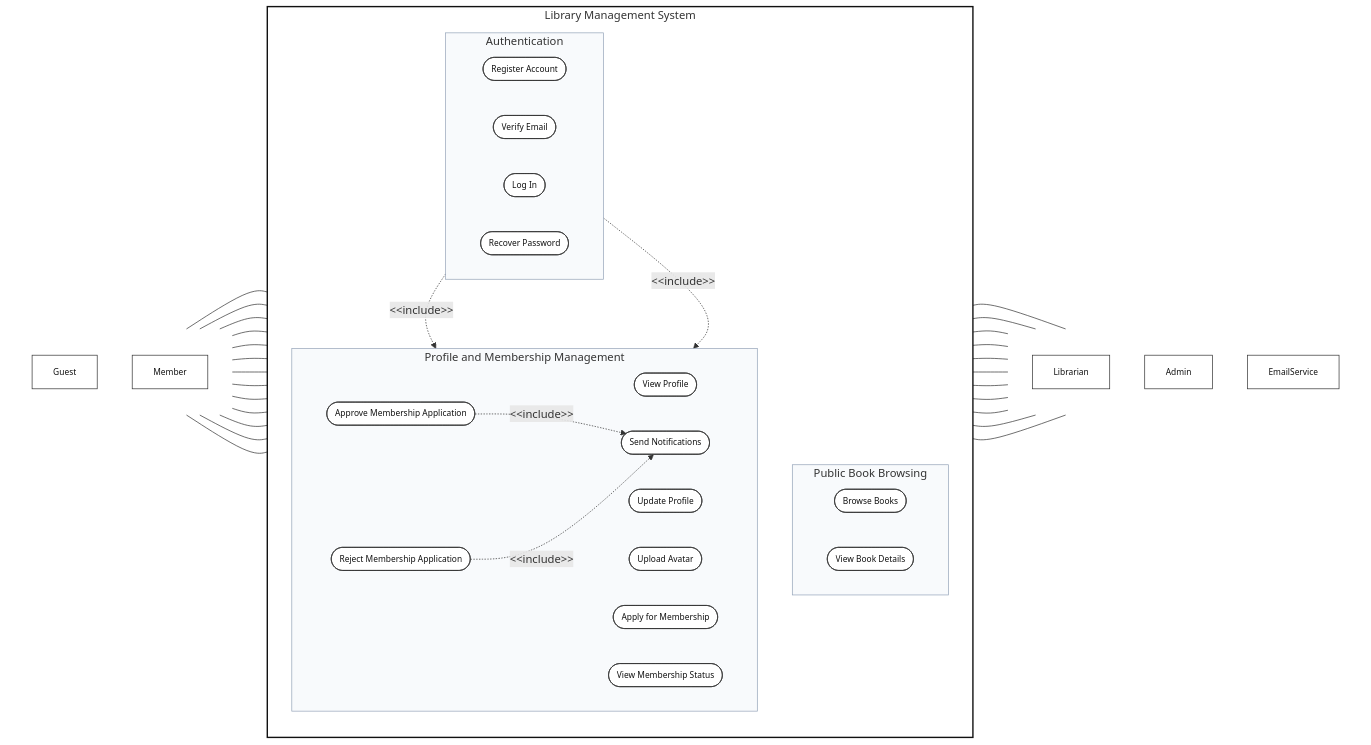
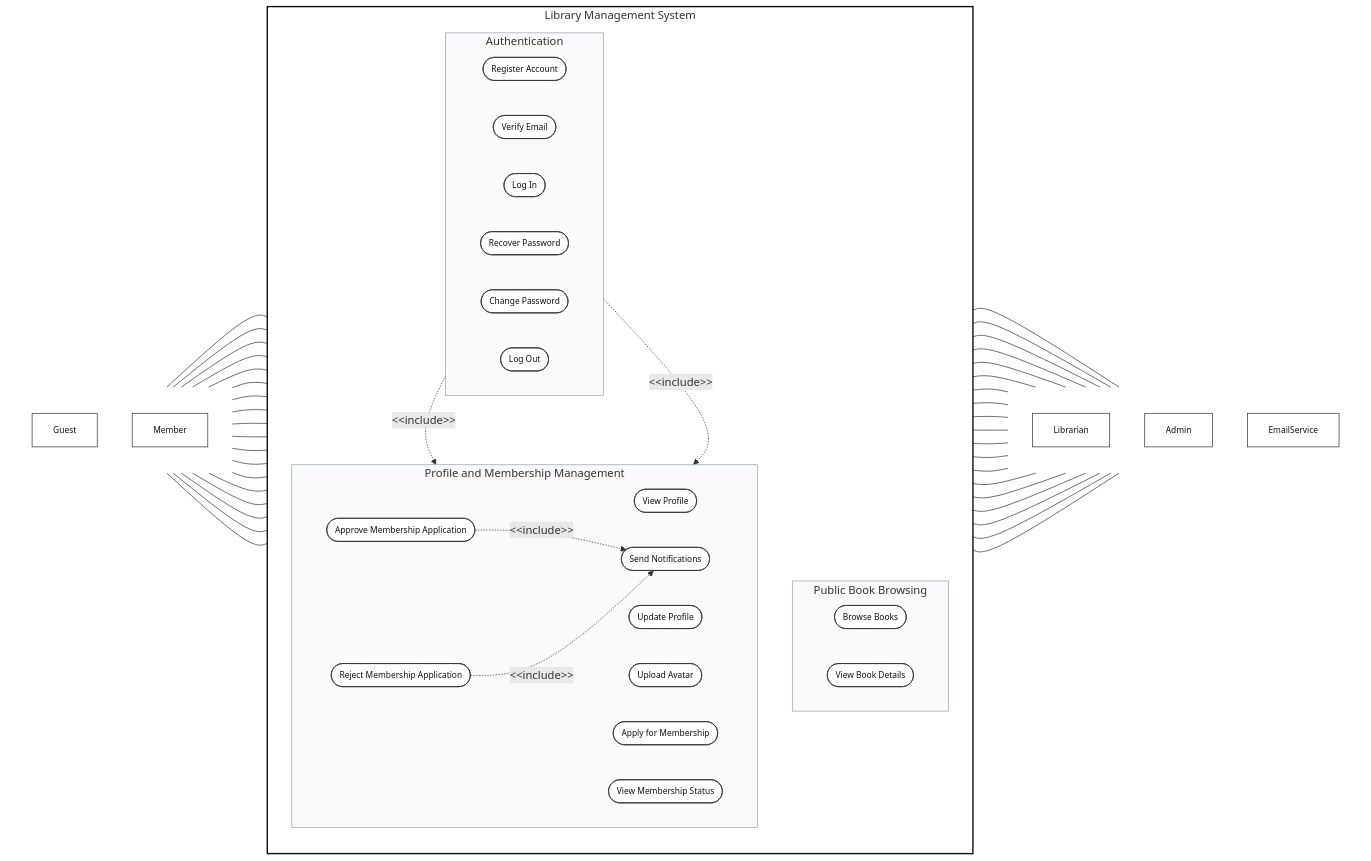
The second of 7 diagrams in document/RDS.md (SWP391-LibraryManagement/LibraryManagement), drawn with Mermaid before and after one commit. The commit also changed other lines of this file, not shown here.

```diff
--- a/document/RDS.md
+++ b/document/RDS.md
@@ -242,6 +229,8 @@
       VerifyEmail(["Verify Email"])
       Login(["Log In"])
       RecoverPassword(["Recover Password"])
+      ChangePassword(["Change Password"])
+      Logout(["Log Out"])
     end
     subgraph PublicBrowsing["Public Book Browsing"]
       direction LR
@@ -277,18 +266,31 @@
 
   Member --- BrowseBooks
   Member --- ViewBookDetails
+  Member --- VerifyEmail
+  Member --- Login
+  Member --- RecoverPassword
+  Member --- ChangePassword
+  Member --- Logout
   Member --- ViewProfile
   Member --- UpdateProfile
   Member --- UploadAvatar
   Member --- ApplyMembership
   Member --- ViewMembershipStatus
 
+  Login --- Librarian
+  RecoverPassword --- Librarian
+  ChangePassword --- Librarian
+  Logout --- Librarian
   ViewProfile --- Librarian
   UpdateProfile --- Librarian
   UploadAvatar --- Librarian
   ApproveMembership --- Librarian
   RejectMembership --- Librarian
 
+  Login --- Admin
+  RecoverPassword --- Admin
+  ChangePassword --- Admin
+  Logout --- Admin
   ViewProfile --- Admin
   UpdateProfile --- Admin
   UploadAvatar --- Admin
@@ -304,7 +306,7 @@
 
   classDef usecase fill:#ffffff,stroke:#333333,stroke-width:1px,font-size:12px,color:#111111;
   classDef actor fill:#ffffff,stroke:#333333,stroke-width:1px,font-size:12px,color:#111111;
-  class Register,VerifyEmail,Login,RecoverPassword,BrowseBooks,ViewBookDetails,ViewProfile,UpdateProfile,UploadAvatar,ApplyMembership,ViewMembershipStatus,ApproveMembership,RejectMembership,SendNotifications usecase;
+  class Register,VerifyEmail,Login,RecoverPassword,ChangePassword,Logout,BrowseBooks,ViewBookDetails,ViewProfile,UpdateProfile,UploadAvatar,ApplyMembership,ViewMembershipStatus,ApproveMembership,RejectMembership,SendNotifications usecase;
   class Guest,Member,Librarian,Admin,EmailService actor;
   style LMS fill:#ffffff,stroke:#111111,stroke-width:2px;
   style Authentication fill:#f8fafc,stroke:#94a3b8;
```
